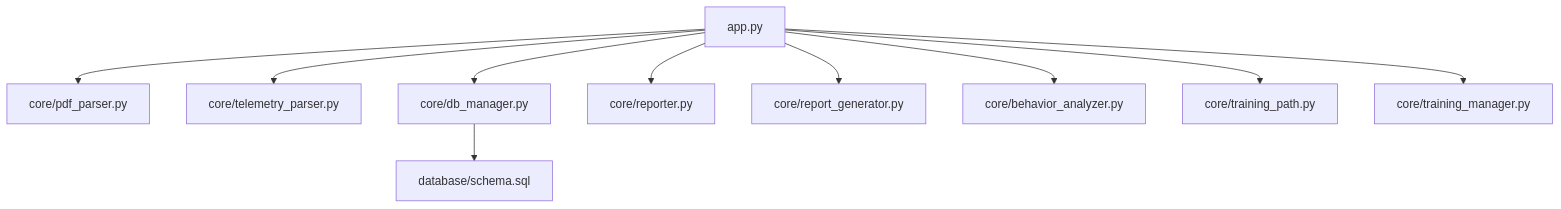
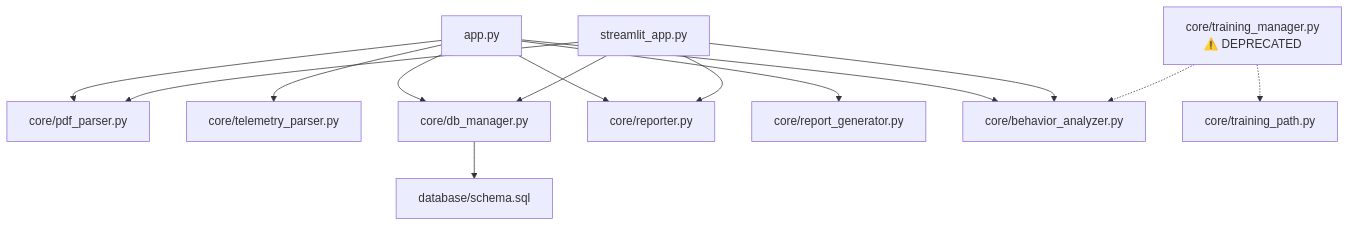
One commit to AgusCatra/Proyecto-titan.v2 changed the first of 9 diagrams in .qoder/repowiki/en/content/Core Processing Engine/Training Management.md. Above: the diagram before and after it, drawn with Mermaid. The commit also changed other lines of this file and 36 other files, not shown here.

````diff
--- a/.qoder/repowiki/en/content/Core Processing Engine/Training Management.md
+++ b/.qoder/repowiki/en/content/Core Processing Engine/Training Management.md
@@ -43,12 +56,16 @@
 ```mermaid
 graph TB
 App["app.py"] --> Parser["core/pdf_parser.py"]
 App --> Telemetry["core/telemetry_parser.py"]
 App --> DBMgr["core/db_manager.py"]
 App --> Reporter["core/reporter.py"]
 App --> ReportGen["core/report_generator.py"]
 App --> Analyzer["core/behavior_analyzer.py"]
-App --> PathGen["core/training_path.py"]
-App --> TrainMgr["core/training_manager.py"]
+Streamlit["streamlit_app.py"] --> Parser
+Streamlit --> DBMgr
+Streamlit --> Reporter
+Streamlit --> Analyzer
 DBMgr --> Schema["database/schema.sql"]
+TrainingManager["core/training_manager.py<br/>⚠️ DEPRECATED"] -.-> Analyzer
+TrainingManager -.-> PathGen["core/training_path.py"]
 ```
````
